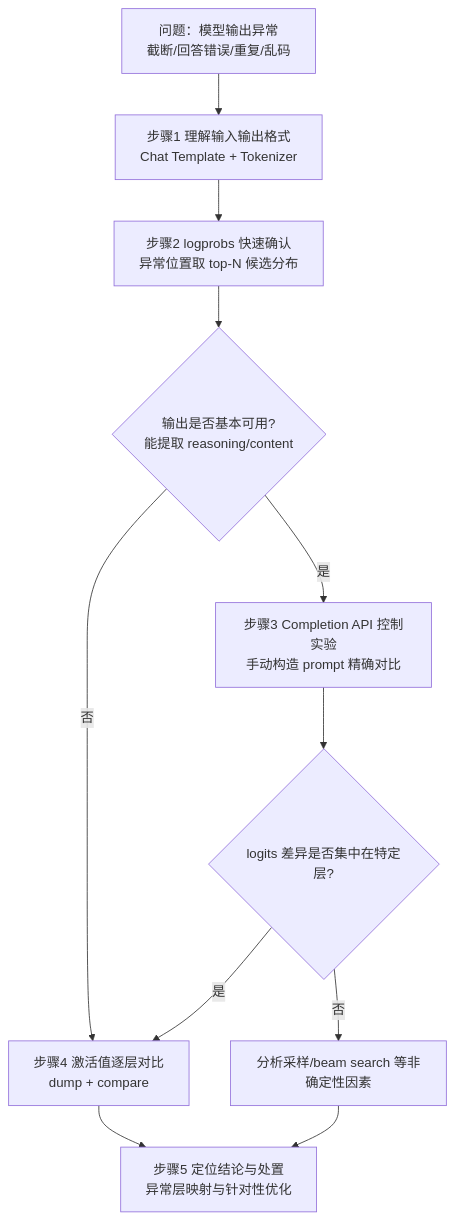
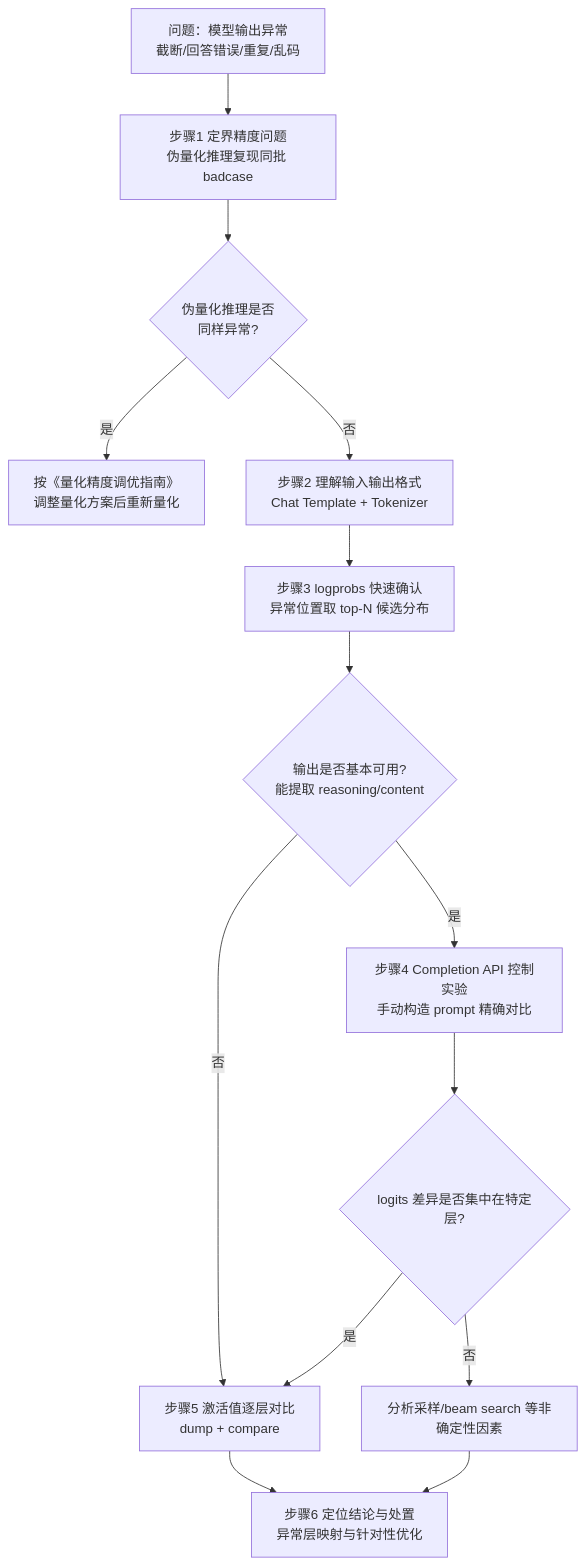
The diagram in msmodelslim/docs/zh/user_guide/process_quantization_accuracy_anomaly_locating.md (mindstudio-docs/master), drawn with Mermaid before and after one commit. The commit also changed other lines of this file and 138 other files, not shown here.

````diff
--- a/msmodelslim/docs/zh/user_guide/process_quantization_accuracy_anomaly_locating.md
+++ b/msmodelslim/docs/zh/user_guide/process_quantization_accuracy_anomaly_locating.md
@@ -54,13 +56,16 @@
 ```mermaid
 flowchart TD
-  A[问题：模型输出异常<br>截断/回答错误/重复/乱码] --> B[步骤1 理解输入输出格式<br>Chat Template + Tokenizer]
-  B --> C[步骤2 logprobs 快速确认<br>异常位置取 top-N 候选分布]
+  P[问题：模型输出异常<br>截断/回答错误/重复/乱码] --> A[步骤1 定界精度问题<br>伪量化推理复现同批 badcase]
+  A --> D0{伪量化推理是否<br>同样异常?}
+  D0 -- 是 --> T[按《量化精度调优指南》<br>调整量化方案后重新量化]
+  D0 -- 否 --> B[步骤2 理解输入输出格式<br>Chat Template + Tokenizer]
+  B --> C[步骤3 logprobs 快速确认<br>异常位置取 top-N 候选分布]
   C --> D{输出是否基本可用?<br>能提取 reasoning/content}
-  D -- 是 --> E[步骤3 Completion API 控制实验<br>手动构造 prompt 精确对比]
-  D -- 否 --> F[步骤4 激活值逐层对比<br>dump + compare]
+  D -- 是 --> E[步骤4 Completion API 控制实验<br>手动构造 prompt 精确对比]
+  D -- 否 --> F[步骤5 激活值逐层对比<br>dump + compare]
   E --> G{logits 差异是否集中在特定层?}
   G -- 是 --> F
   G -- 否 --> H[分析采样/beam search 等非确定性因素]
-  F --> I[步骤5 定位结论与处置<br>异常层映射与针对性优化]
+  F --> I[步骤6 定位结论与处置<br>异常层映射与针对性优化]
   H --> I
 ```
````
